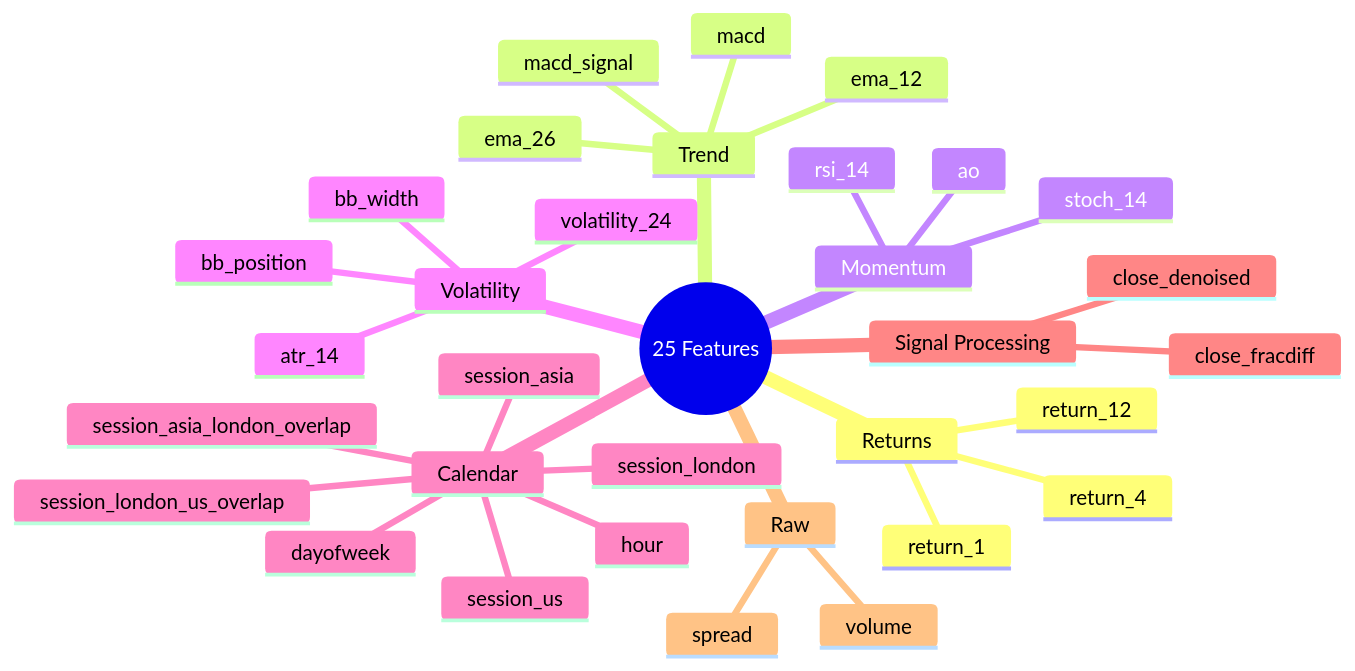
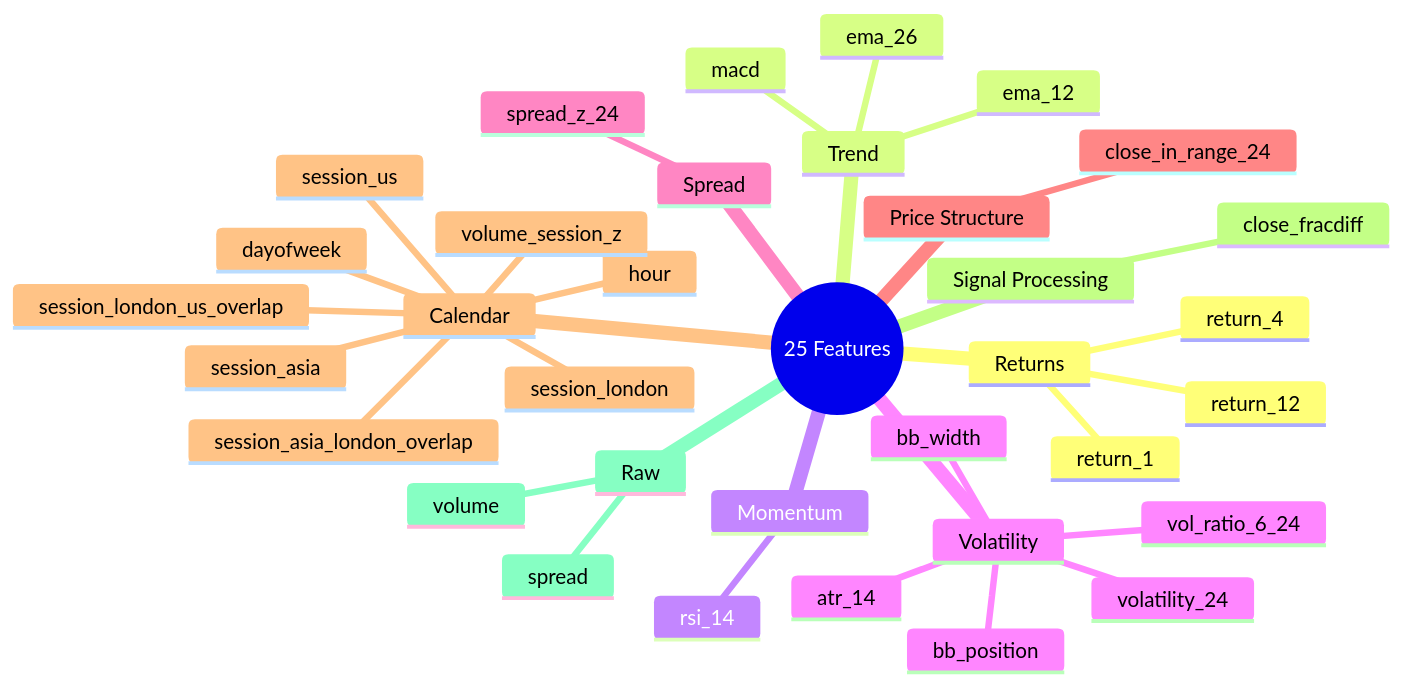
Before and after one commit to ultimateBroK/thesis-compact: the second of 4 diagrams in docs/feature-engineering.md, drawn with Mermaid. The commit also changed other lines of this file and 14 other files, not shown here.

````diff
--- a/docs/feature-engineering.md
+++ b/docs/feature-engineering.md
@@ -36,36 +34,38 @@
 ```mermaid
 mindmap
   root((25 Features))
     Returns
       return_1
       return_4
       return_12
     Trend
       ema_12
       ema_26
       macd
-      macd_signal
     Momentum
       rsi_14
-      stoch_14
-      ao
     Volatility
       atr_14
       bb_width
       bb_position
       volatility_24
+      vol_ratio_6_24
+    Spread
+      spread_z_24
+    Price Structure
+      close_in_range_24
     Calendar
       hour
       dayofweek
       session_asia
       session_london
       session_us
       session_asia_london_overlap
       session_london_us_overlap
+      volume_session_z
     Signal Processing
-      close_denoised
       close_fracdiff
     Raw
       volume
       spread
 ```
````
